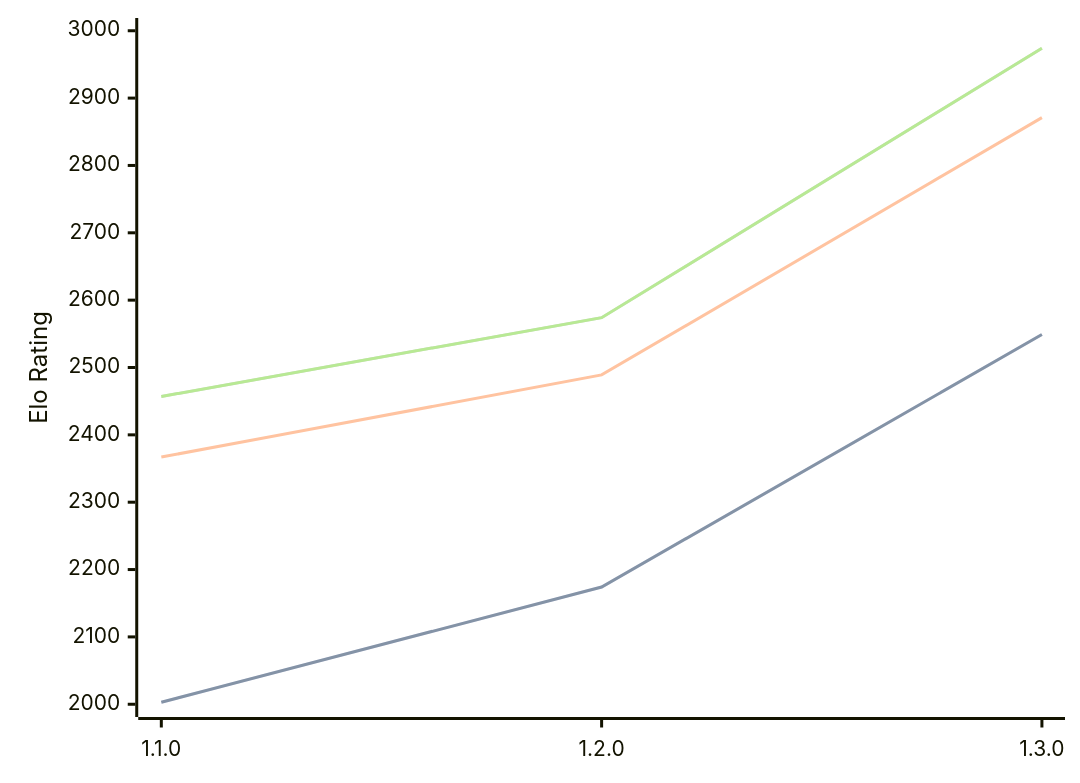
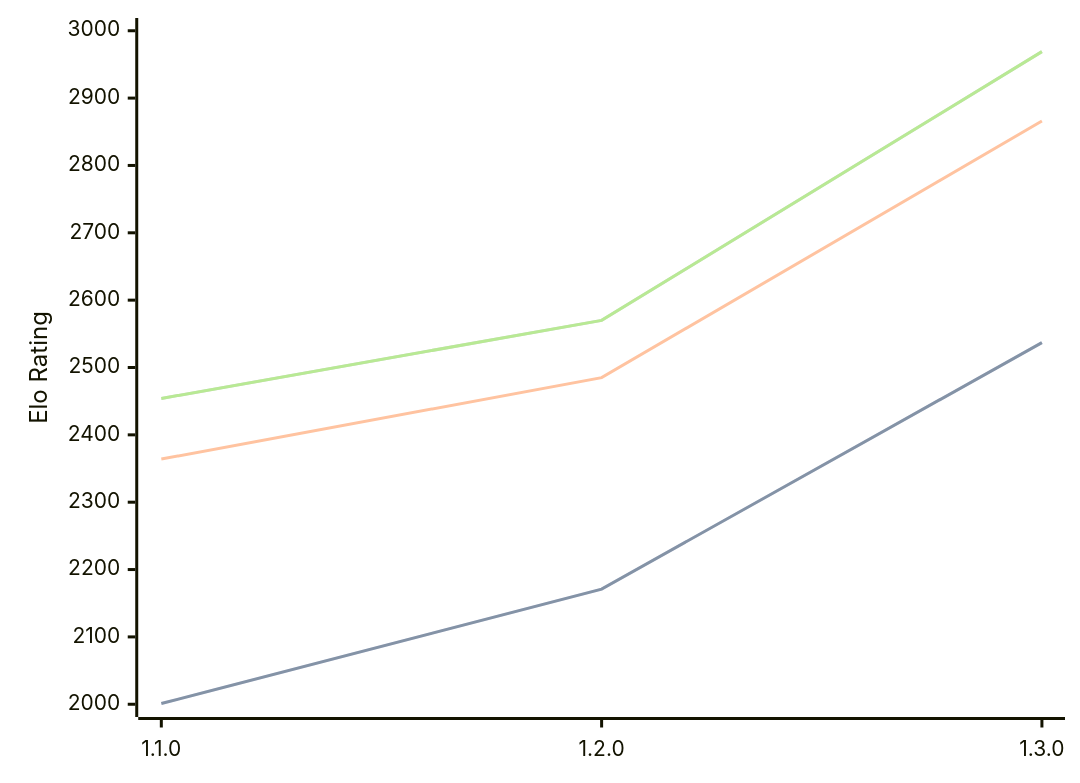
Before and after one commit to computer-chess-index/cci: the diagram in engines/Gyatso.md, drawn with Mermaid. The commit also changed other lines of this file, not shown here.

Commit message:
Update CCI Ratings (ELO VLTC) - 2026-05-18

````diff
--- a/engines/Gyatso.md
+++ b/engines/Gyatso.md
@@ -34,11 +34,11 @@
 ```mermaid
 %%{init: {"theme":"base","themeVariables":{"seriesColors:['#a3a3a3','#222221','#faa371']}}}%%
 xychart-beta
   x-axis ["1.1.0", "1.2.0", "1.3.0"]
   y-axis "Elo Rating" 2000 --> 3000
-  line "STC (8.0+0.08s)" [2003, 2174, 2549]
-  line "STC (8.0+0.08s)" [2003, 2174, 2549]
-  line "LTC (60.0+0.60s)" [2367, 2489, 2871]
-  line "VLTC (2m24s+1.12s)" [2457, 2574, 2974]
-  line "VLTC (2m24s+1.12s)" [2457, 2574, 2974]
+  line "STC (8.0+0.08s)" [2001, 2171, 2537]
+  line "STC (8.0+0.08s)" [2001, 2171, 2537]
+  line "LTC (60.0+0.60s)" [2364, 2485, 2866]
+  line "VLTC (2m24s+1.12s)" [2454, 2570, 2969]
+  line "VLTC (2m24s+1.12s)" [2454, 2570, 2969]
 ```
````
